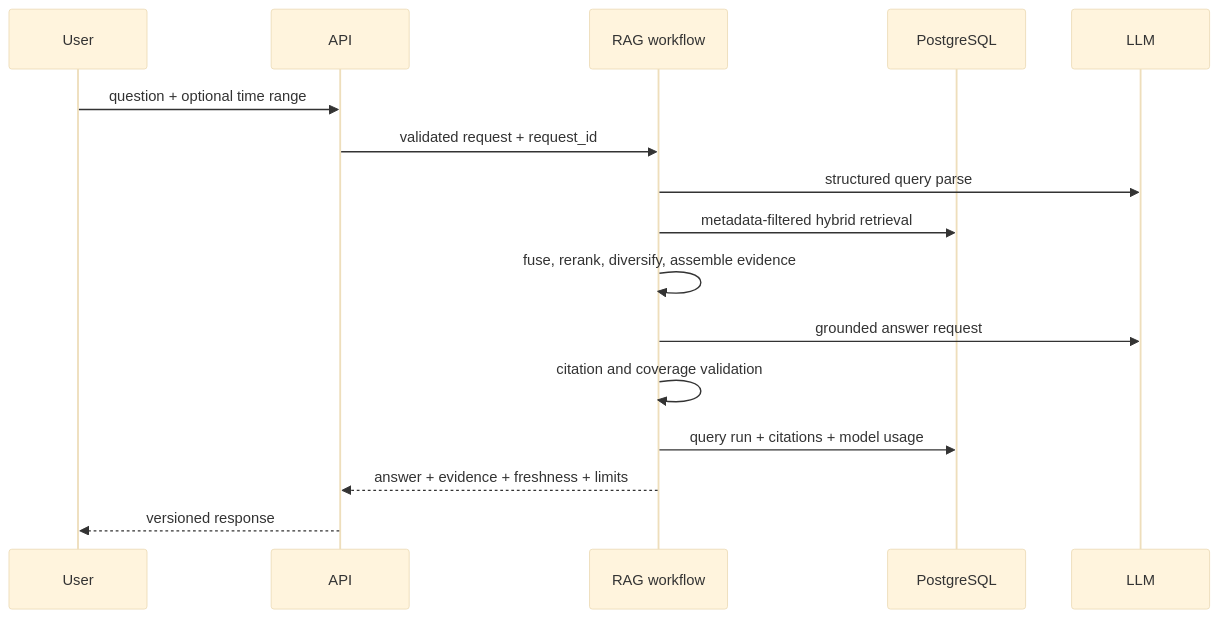
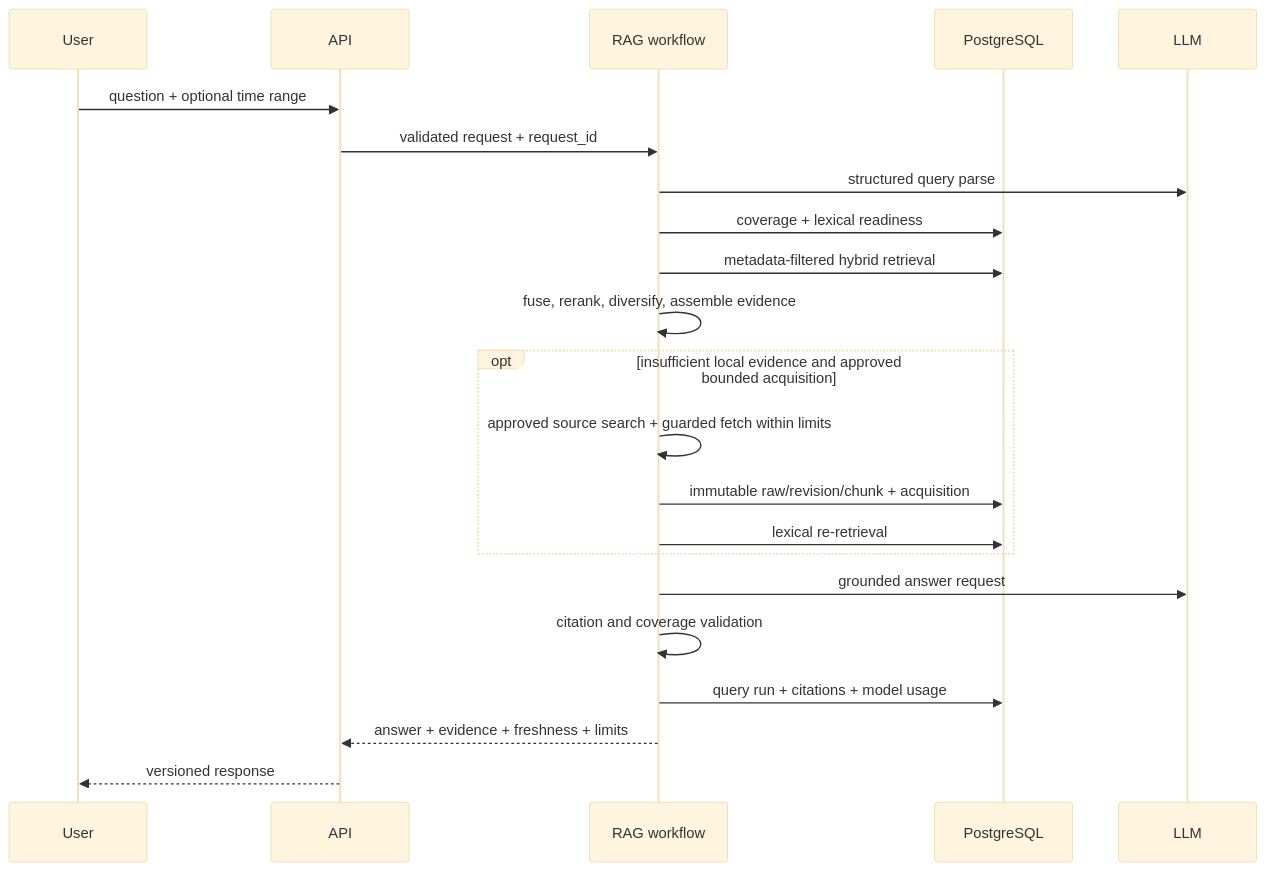
Before and after one commit to lulupang2/tech_p: the third of 3 diagrams in docs/ARCHITECTURE.md, drawn with Mermaid (base theme). The commit also changed other lines of this file and 51 other files, not shown here.

````diff
--- a/docs/ARCHITECTURE.md
+++ b/docs/ARCHITECTURE.md
@@ -75,19 +78,25 @@
 ```mermaid
 sequenceDiagram
     participant U as User
     participant A as API
     participant G as RAG workflow
     participant D as PostgreSQL
     participant M as LLM
 
     U->>A: question + optional time range
     A->>G: validated request + request_id
     G->>M: structured query parse
+    G->>D: coverage + lexical readiness
     G->>D: metadata-filtered hybrid retrieval
     G->>G: fuse, rerank, diversify, assemble evidence
+    opt insufficient local evidence and approved bounded acquisition
+        G->>G: approved source search + guarded fetch within limits
+        G->>D: immutable raw/revision/chunk + acquisition
+        G->>D: lexical re-retrieval
+    end
     G->>M: grounded answer request
     G->>G: citation and coverage validation
     G->>D: query run + citations + model usage
     G-->>A: answer + evidence + freshness + limits
     A-->>U: versioned response
 ```
````
